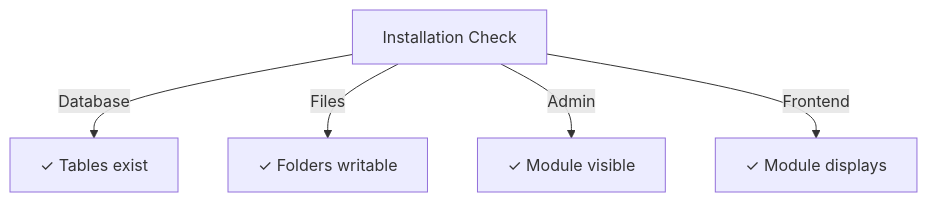
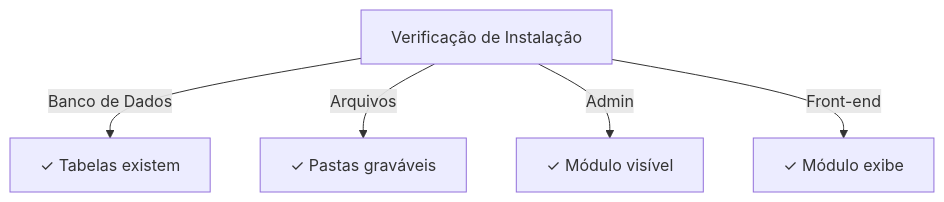
One commit to mambax7/xoops-docs changed the diagram in apps/docs-27/src/content/docs/pt/modules/publisher/user-guide/installation.md. Above: the diagram before and after it, drawn with Mermaid. The commit also changed other lines of this file and 162 other files, not shown here.

````diff
--- a/apps/docs-27/src/content/docs/pt/modules/publisher/user-guide/installation.md
+++ b/apps/docs-27/src/content/docs/pt/modules/publisher/user-guide/installation.md
@@ -168,7 +168,7 @@
 ```mermaid
 graph TD
-    A[Installation Check] -->|Database| B[✓ Tables exist]
-    A -->|Files| C[✓ Folders writable]
-    A -->|Admin| D[✓ Module visible]
-    A -->|Frontend| E[✓ Module displays]
+    A[Verificação de Instalação] -->|Banco de Dados| B[✓ Tabelas existem]
+    A -->|Arquivos| C[✓ Pastas graváveis]
+    A -->|Admin| D[✓ Módulo visível]
+    A -->|Front-end| E[✓ Módulo exibe]
 ```
````
